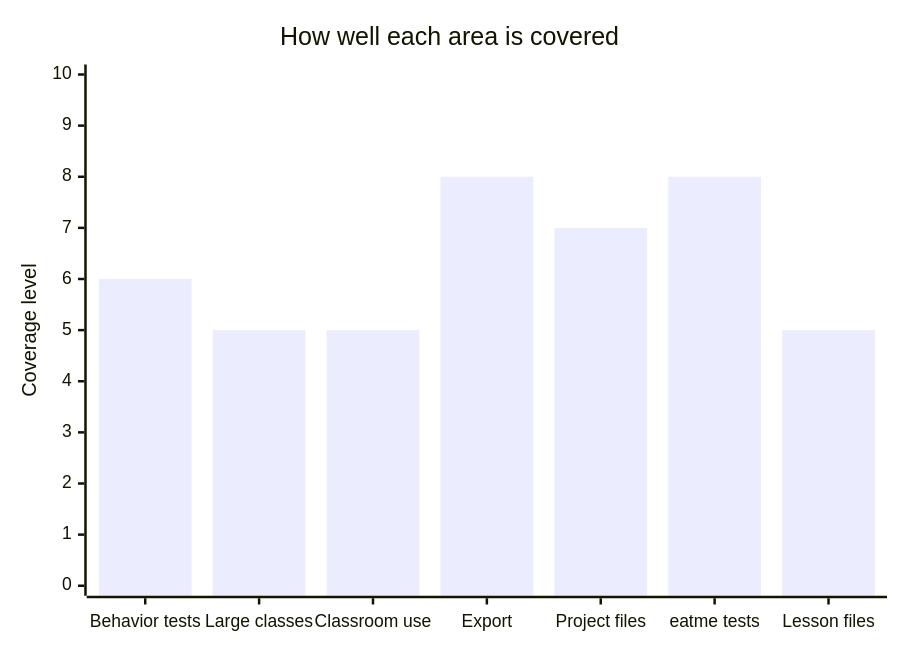
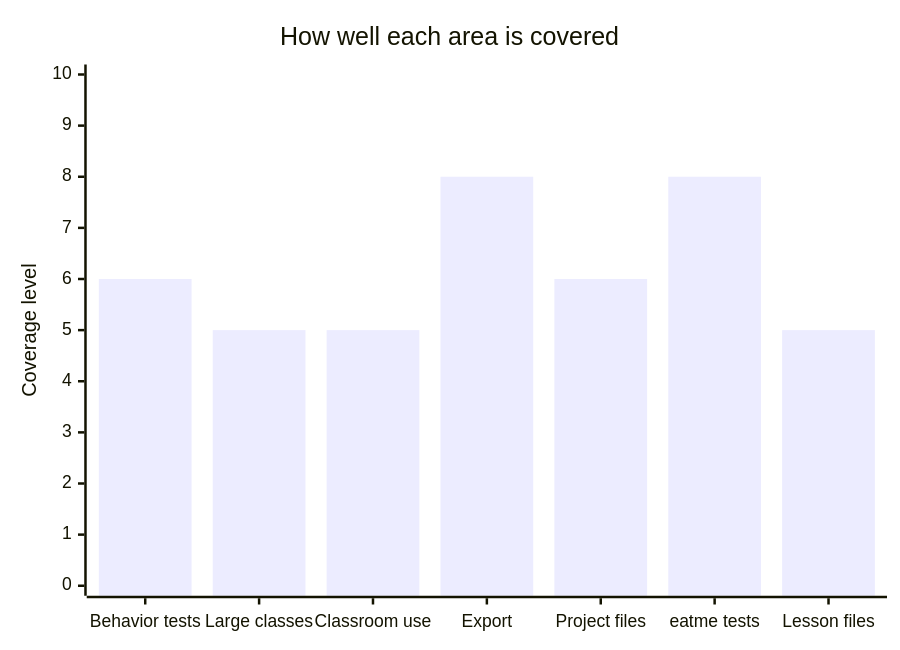
Before and after one commit to rysweet/drinkme: the second of 6 diagrams in README.md, drawn with Mermaid. The commit also changed other lines of this file and 1 other file, not shown here.

````diff
--- a/README.md
+++ b/README.md
@@ -56,7 +56,7 @@
 ```mermaid
 xychart-beta
   title "How well each area is covered"
   x-axis ["Behavior tests", "Large classes", "Classroom use", "Export", "Project files", "eatme tests", "Lesson files"]
   y-axis "Coverage level" 0 --> 10
-  bar [6, 5, 5, 8, 7, 8, 5]
+  bar [6, 5, 5, 8, 6, 8, 5]
 ```
````
